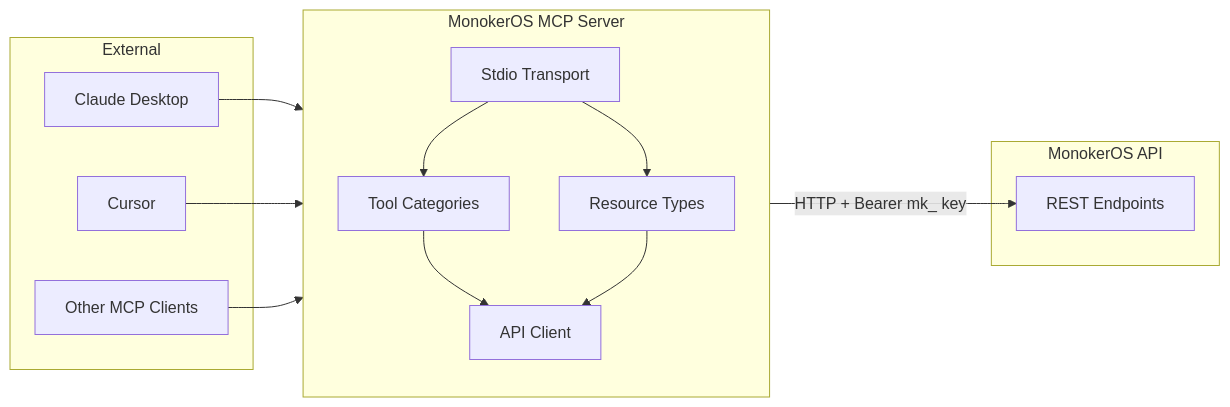
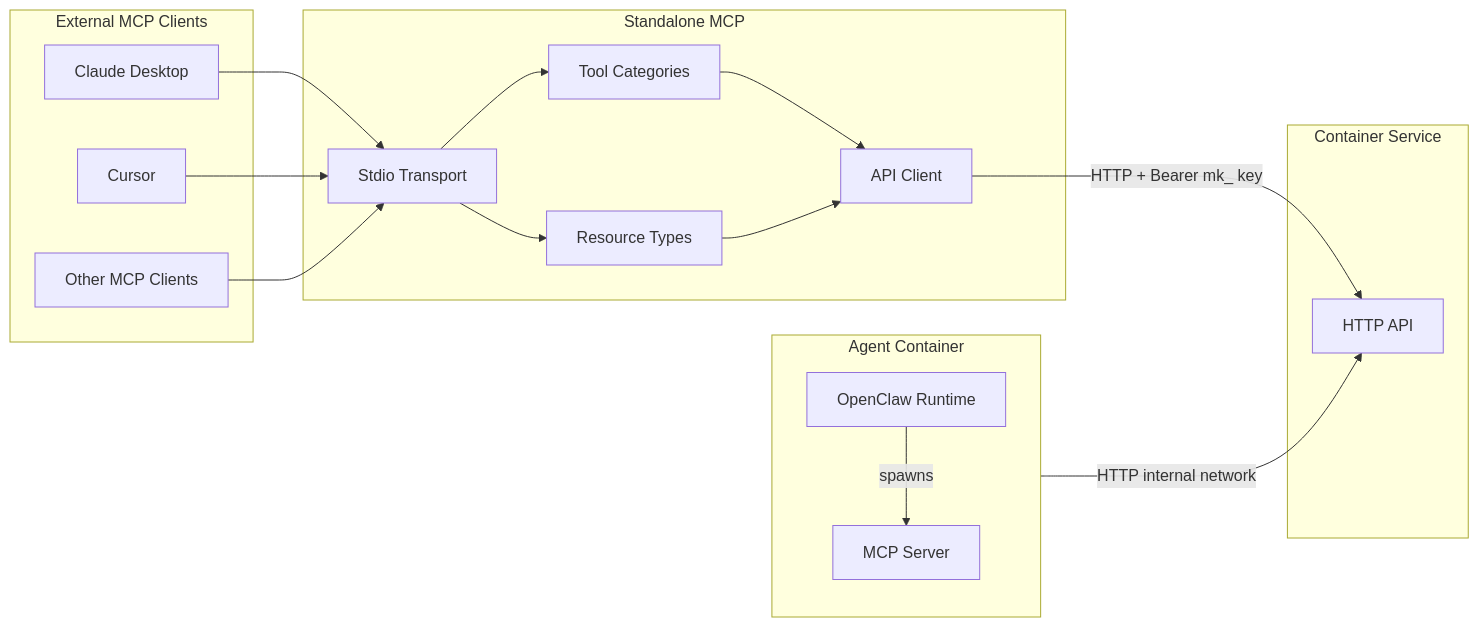
Before and after one commit to pde-rent/monokeros: the first of 3 diagrams in docs/technical/mcp.md, drawn with Mermaid. The commit also changed other lines of this file and 50 other files, not shown here.

````diff
--- a/docs/technical/mcp.md
+++ b/docs/technical/mcp.md
@@ -13,29 +15,36 @@
 ```mermaid
 flowchart LR
-    subgraph External
+    subgraph External["External MCP Clients"]
         CC[Claude Desktop]
         CU[Cursor]
         OT[Other MCP Clients]
     end
 
-    subgraph MCP["MonokerOS MCP Server"]
+    subgraph Container["Agent Container"]
         direction TB
+        OC[OpenClaw Runtime]
+        MCP_INT[MCP Server]
+        OC -->|spawns| MCP_INT
+    end
+
+    subgraph Standalone["Standalone MCP"]
         ST[Stdio Transport]
         TC[Tool Categories]
         RC[Resource Types]
         AC[API Client]
     end
 
-    subgraph API["MonokerOS API"]
-        REST[REST Endpoints]
+    subgraph CS["Container Service"]
+        API[HTTP API]
     end
 
     CC --> ST
     CU --> ST
     OT --> ST
     ST --> TC
     ST --> RC
     TC --> AC
     RC --> AC
-    AC -->|HTTP + Bearer mk_ key| REST
+    AC -->|HTTP + Bearer mk_ key| API
+    MCP_INT -->|HTTP internal network| API
 ```
````
